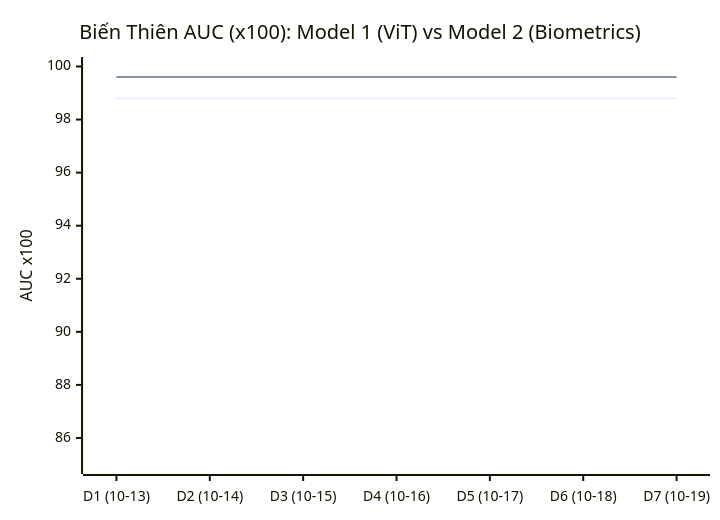
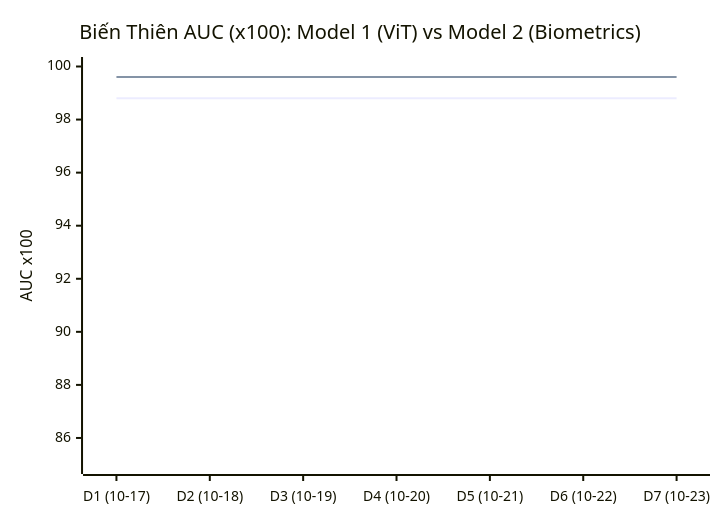
One commit to ThangCao106/DeepFake-Detection-Agent changed the second of 2 diagrams in report_colab/reports/weekly/weekly_summary_2026-W43.md. Above: the diagram before and after it, drawn with Mermaid. The commit also changed other lines of this file and 1 other file, not shown here.

````diff
--- a/report_colab/reports/weekly/weekly_summary_2026-W43.md
+++ b/report_colab/reports/weekly/weekly_summary_2026-W43.md
@@ -30,8 +30,8 @@
 ```mermaid
 xychart-beta
     title "Biến Thiên AUC (x100): Model 1 (ViT) vs Model 2 (Biometrics)"
-    x-axis ["D1 (10-13)", "D2 (10-14)", "D3 (10-15)", "D4 (10-16)", "D5 (10-17)", "D6 (10-18)", "D7 (10-19)"]
+    x-axis ["D1 (10-17)", "D2 (10-18)", "D3 (10-19)", "D4 (10-20)", "D5 (10-21)", "D6 (10-22)", "D7 (10-23)"]
     y-axis "AUC x100" 85 --> 100
     line [98.8, 98.8, 98.8, 98.8, 98.8, 98.8, 98.8]
     line [99.6, 99.6, 99.6, 99.6, 99.6, 99.6, 99.6]
 ```
````
